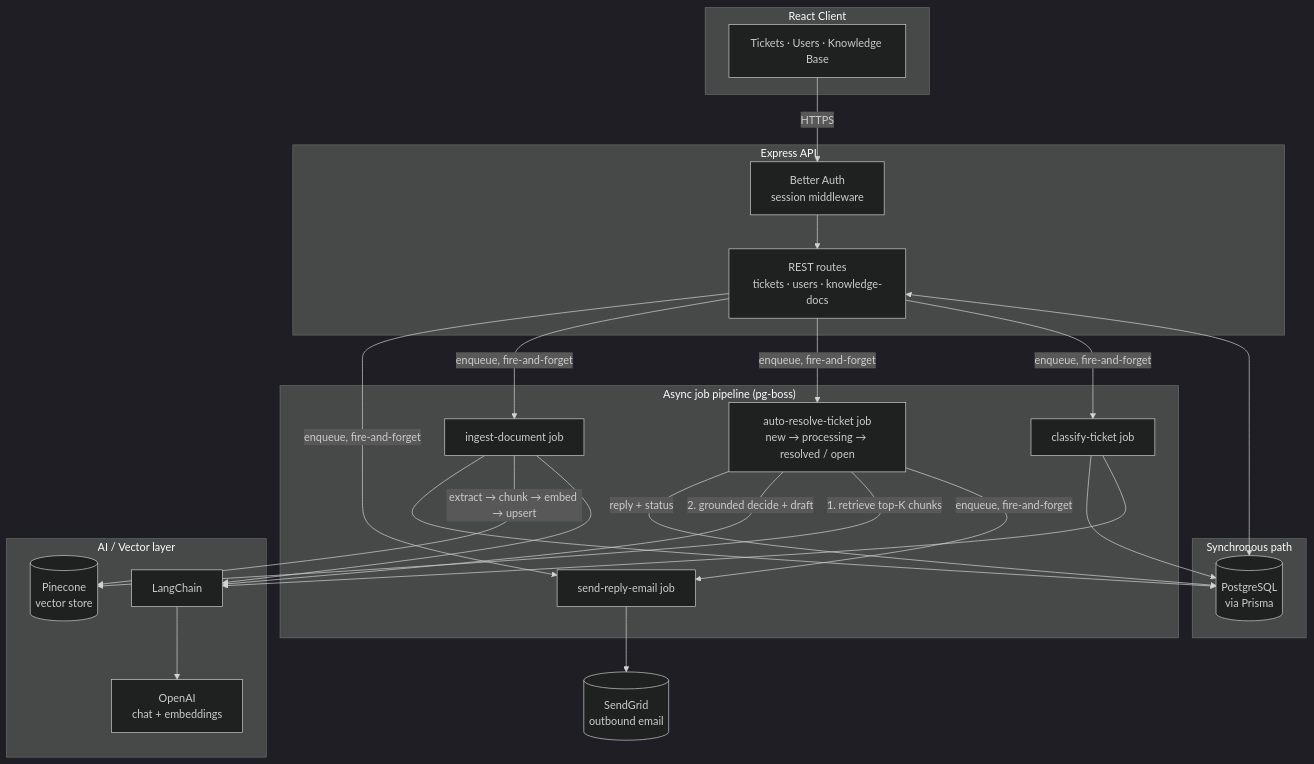
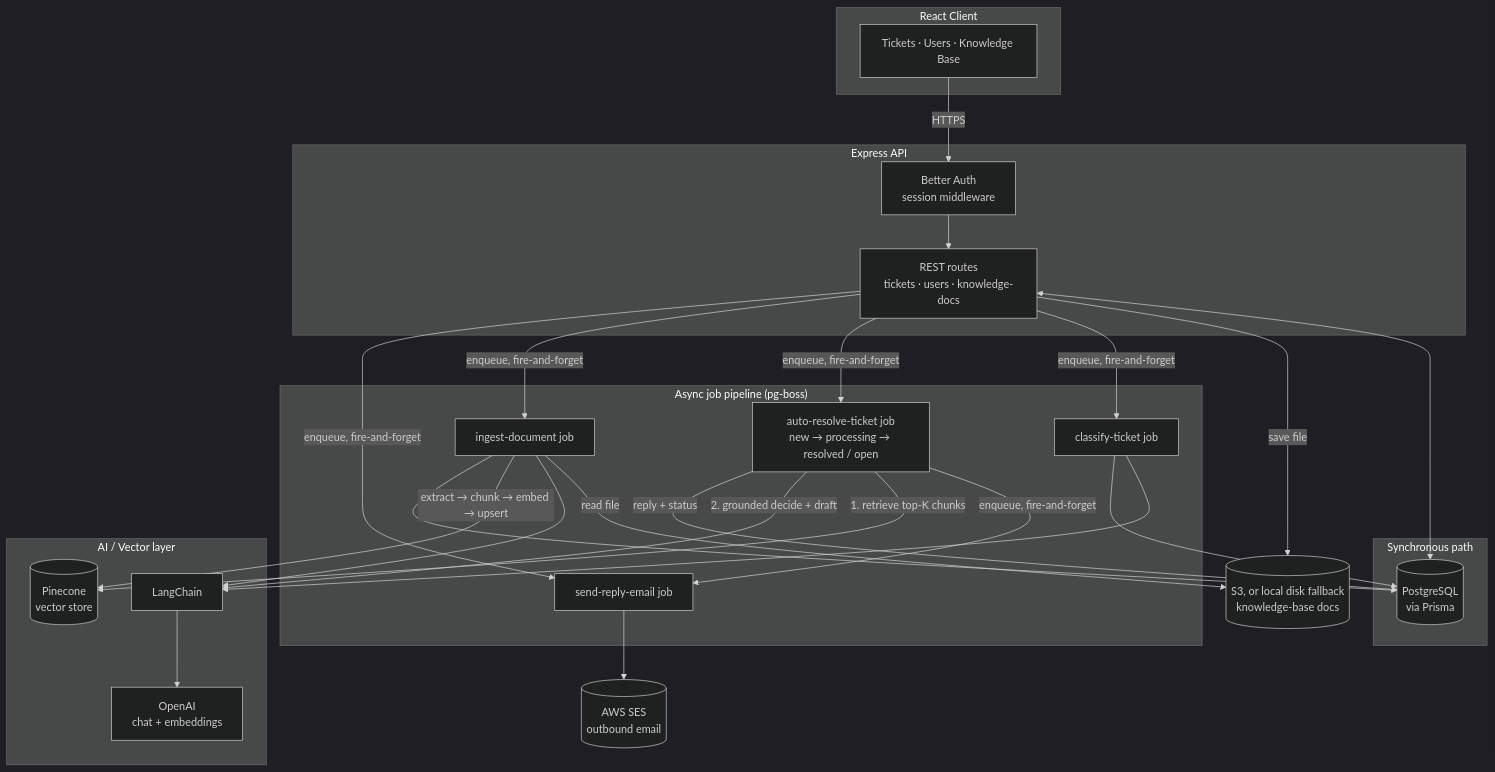
One commit to Shaz-gill/deskwise-app changed the diagram in README.md. Above: the diagram before and after it, drawn with Mermaid (dark theme). The commit also changed other lines of this file and 16 other files, not shown here.

Commit message:
migrate email sending from SendGrid to AWS SES

````diff
--- a/README.md
+++ b/README.md
@@ -100,48 +100,51 @@
 ```mermaid
 flowchart TB
     subgraph Client["React Client"]
         UI[Tickets · Users · Knowledge Base]
     end
 
     subgraph API["Express API"]
         Auth[Better Auth<br/>session middleware]
         Routes[REST routes<br/>tickets · users · knowledge-docs]
     end
 
     subgraph Sync["Synchronous path"]
         DB[(PostgreSQL<br/>via Prisma)]
     end
 
     subgraph Async["Async job pipeline (pg-boss)"]
         ClassifyJob[classify-ticket job]
         AutoResolveJob["auto-resolve-ticket job<br/>new → processing → resolved / open"]
         IngestJob[ingest-document job]
         EmailJob[send-reply-email job]
     end
 
     subgraph AI["AI / Vector layer"]
         LC[LangChain]
         OpenAI[OpenAI<br/>chat + embeddings]
         Pinecone[(Pinecone<br/>vector store)]
     end
 
-    SendGrid[(SendGrid<br/>outbound email)]
+    SES[(AWS SES<br/>outbound email)]
+    Storage[(S3, or local disk fallback<br/>knowledge-base docs)]
 
     UI -->|HTTPS| Auth --> Routes
     Routes <--> DB
+    Routes -->|save file| Storage
     Routes -->|enqueue, fire-and-forget| ClassifyJob
     Routes -->|enqueue, fire-and-forget| AutoResolveJob
     Routes -->|enqueue, fire-and-forget| IngestJob
     Routes -->|enqueue, fire-and-forget| EmailJob
     AutoResolveJob -->|enqueue, fire-and-forget| EmailJob
     ClassifyJob --> LC
     AutoResolveJob -->|1. retrieve top-K chunks| Pinecone
     AutoResolveJob -->|2. grounded decide + draft| LC
+    IngestJob -->|read file| Storage
     IngestJob --> LC
     LC --> OpenAI
     IngestJob -->|extract → chunk → embed → upsert| Pinecone
     ClassifyJob --> DB
     AutoResolveJob -->|reply + status| DB
     IngestJob --> DB
-    EmailJob --> SendGrid
+    EmailJob --> SES
 ```
````
